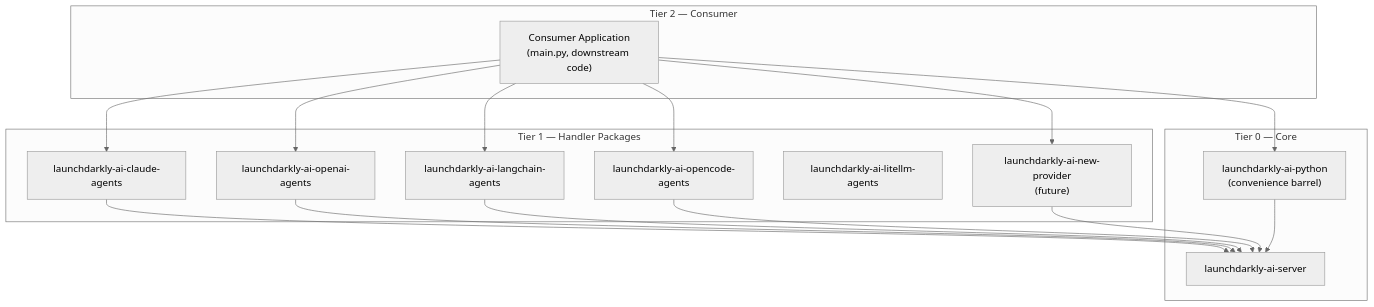
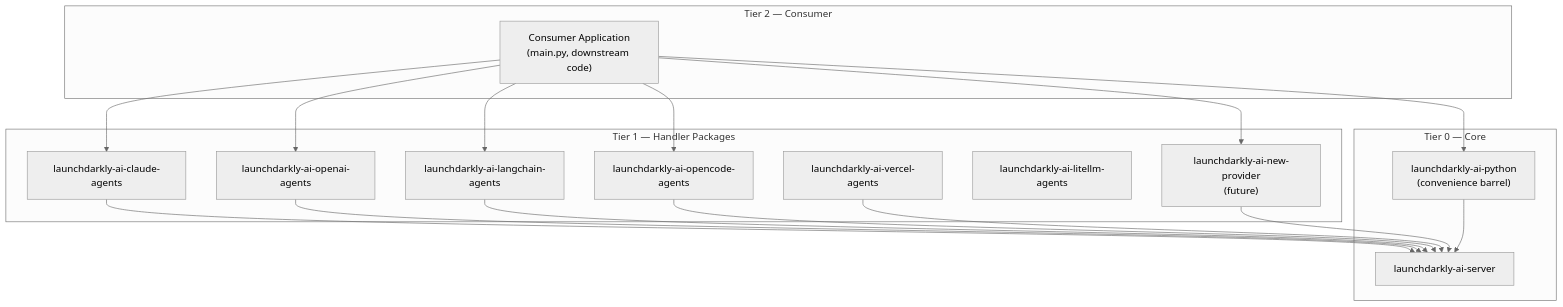
One commit to launchdarkly/python-ai-sdk changed the diagram in AGENTS.md. Above: the diagram before and after it, drawn with Mermaid (neutral theme). The commit also changed other lines of this file and 40 other files, not shown here.

First line of the commit message:
feat(AIC-3408): add Vercel AI SDK messages and agents adapters (#103)

````diff
--- a/AGENTS.md
+++ b/AGENTS.md
@@ -93,31 +93,33 @@
 ```mermaid
 graph TD
  subgraph tier2 ["Tier 2 — Consumer"]
   app["Consumer Application\n(main.py, downstream code)"]
  end
  subgraph tier1 ["Tier 1 — Handler Packages"]
   claude["launchdarkly-ai-claude-agents"]
   openai["launchdarkly-ai-openai-agents"]
   langchain["launchdarkly-ai-langchain-agents"]
   opencode["launchdarkly-ai-opencode-agents"]
+  vercel["launchdarkly-ai-vercel-agents"]
   litellm["launchdarkly-ai-litellm-agents"]
   newHandler["launchdarkly-ai-new-provider\n(future)"]
  end
  subgraph tier0 ["Tier 0 — Core"]
   ai["launchdarkly-ai-python\n(convenience barrel)"]
   client["launchdarkly-ai-server"]
  end
 
  app --> claude
  app --> openai
  app --> langchain
  app --> opencode
  app --> newHandler
  app --> ai
  claude --> client
  openai --> client
  langchain --> client
  opencode --> client
+ vercel --> client
  newHandler --> client
  ai --> client
 ```
````
